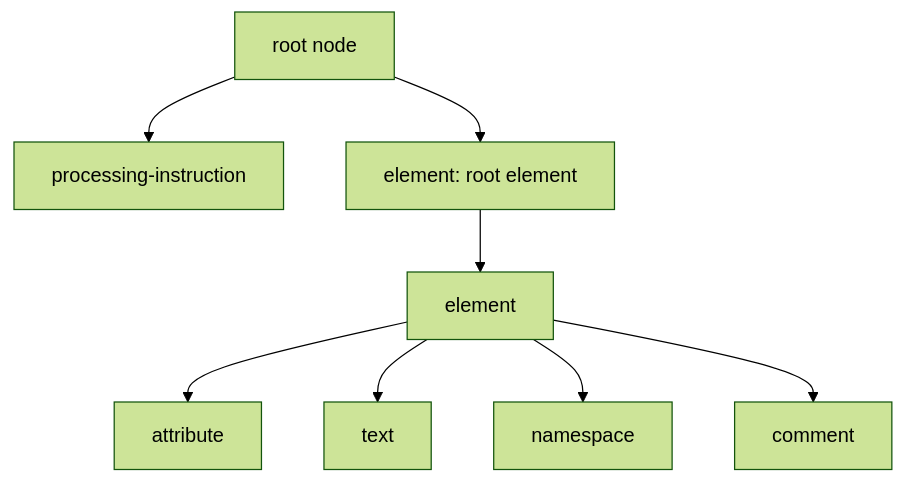
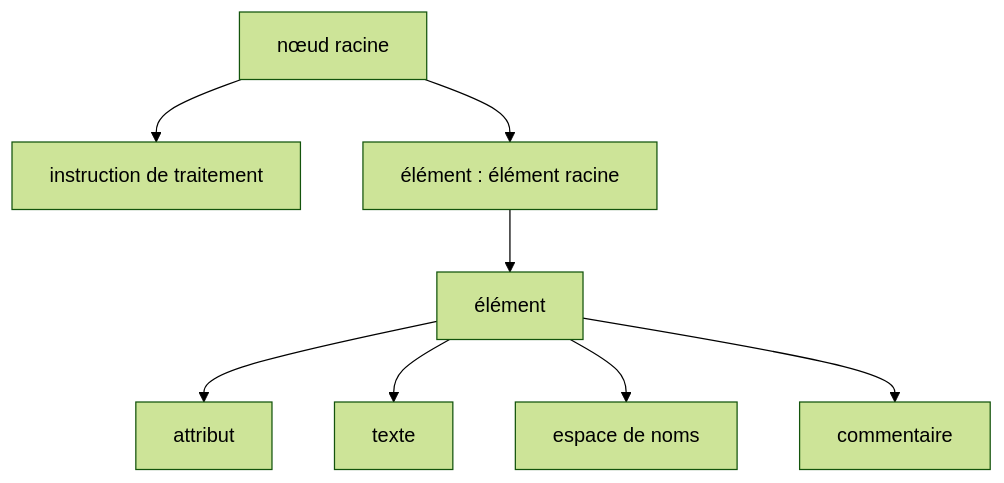
One commit to ghaithsoltani/my-courses changed the ninth of 14 diagrams in SOA/XML_Technologies_Study_Guide.md. Above: the diagram before and after it, drawn with Mermaid (forest theme). The commit also changed other lines of this file and 9 other files, not shown here.

````diff
--- a/SOA/XML_Technologies_Study_Guide.md
+++ b/SOA/XML_Technologies_Study_Guide.md
@@ -669,10 +669,10 @@
 ```mermaid
 graph TD
-    R[root node] --> PI[processing-instruction]
-    R --> E1[element: root element]
-    E1 --> E2[element]
-    E2 --> AT[attribute]
-    E2 --> TX[text]
-    E2 --> NS[namespace]
-    E2 --> CM[comment]
+    R[nœud racine] --> PI[instruction de traitement]
+    R --> E1[élément : élément racine]
+    E1 --> E2[élément]
+    E2 --> AT[attribut]
+    E2 --> TX[texte]
+    E2 --> NS[espace de noms]
+    E2 --> CM[commentaire]
 ```
````
